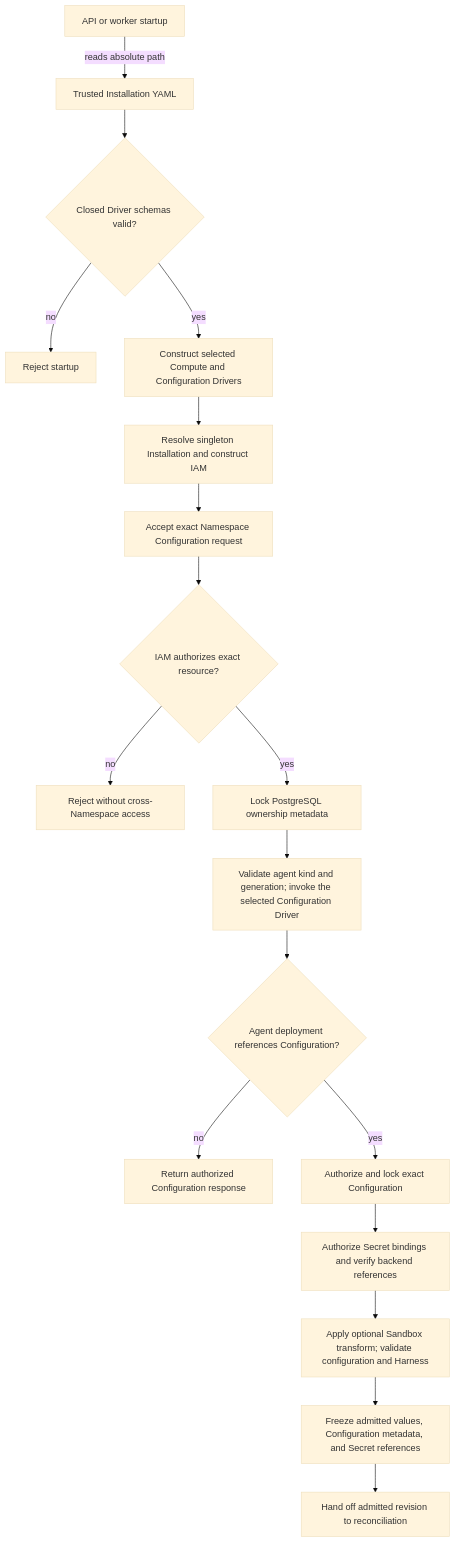
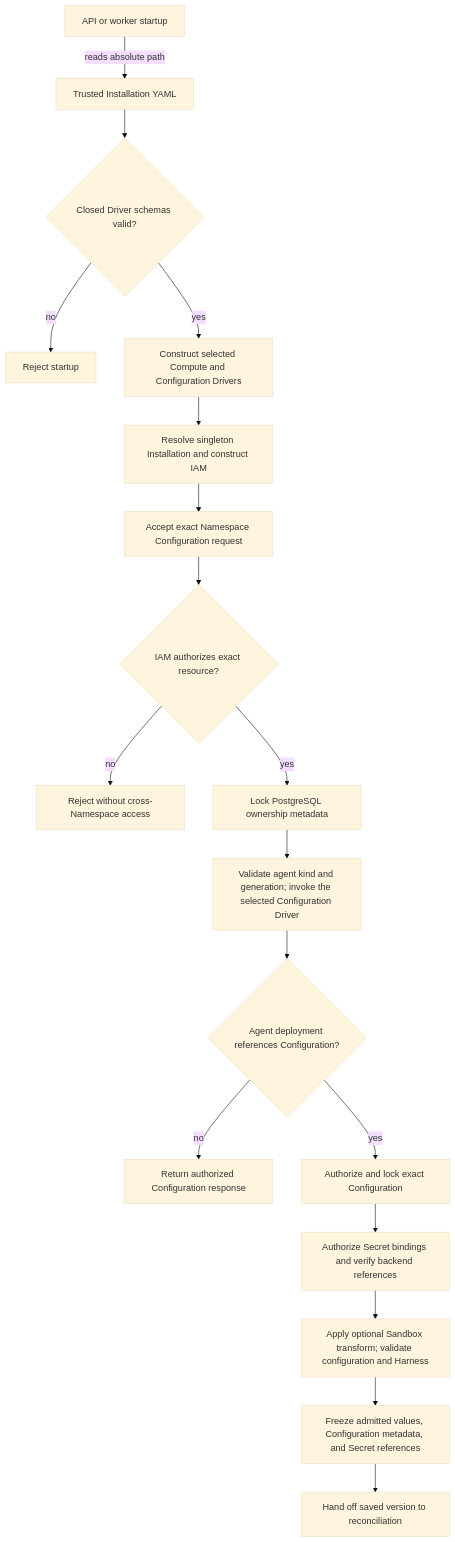
One commit to openclaw/openclaw-enterprise changed the diagram in docs/flows/configuration-driver.md. Above: the diagram before and after it, drawn with Mermaid (base theme). The commit also changed other lines of this file and 198 other files, not shown here.

````diff
--- a/docs/flows/configuration-driver.md
+++ b/docs/flows/configuration-driver.md
@@ -47,20 +47,20 @@
 ```mermaid
 graph TD
   A["API or worker startup"] -->|reads absolute path| B["Trusted Installation YAML"]
   B --> C{"Closed Driver schemas valid?"}
   C -->|no| X["Reject startup"]
   C -->|yes| D["Construct selected Compute and Configuration Drivers"]
   D --> E["Resolve singleton Installation and construct IAM"]
   E --> G["Accept exact Namespace Configuration request"]
   G --> H{"IAM authorizes exact resource?"}
   H -->|no| Y["Reject without cross-Namespace access"]
   H -->|yes| I["Lock PostgreSQL ownership metadata"]
   I --> J["Validate agent kind and generation; invoke the selected Configuration Driver"]
   J --> K{"Agent deployment references Configuration?"}
   K -->|no| L["Return authorized Configuration response"]
   K -->|yes| M["Authorize and lock exact Configuration"]
   M --> P["Authorize Secret bindings and verify backend references"]
   P --> Q["Apply optional Sandbox transform; validate configuration and Harness"]
   Q --> N["Freeze admitted values, Configuration metadata, and Secret references"]
-  N --> O["Hand off admitted revision to reconciliation"]
+  N --> O["Hand off saved version to reconciliation"]
 ```
````
